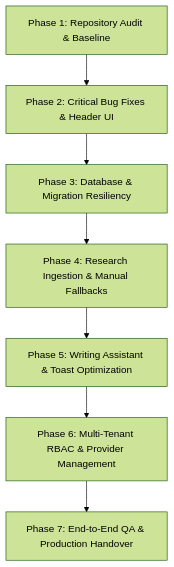
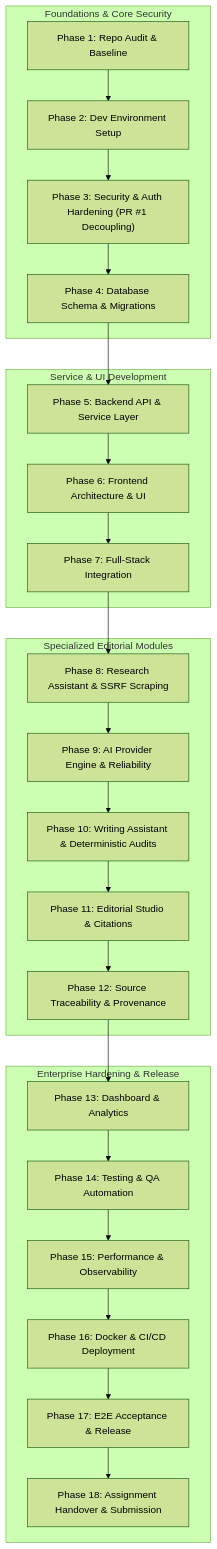
Before and after one commit to mubashirhussen/AI-Editorial-Workspace: the diagram in docs/IMPLEMENTATION_ROADMAP.md, drawn with Mermaid (forest theme). The commit also changed other lines of this file and 14 other files, not shown here.

Commit message:
docs(phase1): Repository audit, baseline verification, PR #1 analysis, and known issues log

````diff
--- a/docs/IMPLEMENTATION_ROADMAP.md
+++ b/docs/IMPLEMENTATION_ROADMAP.md
@@ -11,9 +12,31 @@
 ```mermaid
 flowchart TD
-    P1[Phase 1: Repository Audit & Baseline] --> P2[Phase 2: Critical Bug Fixes & Header UI]
-    P2 --> P3[Phase 3: Database & Migration Resiliency]
-    P3 --> P4[Phase 4: Research Ingestion & Manual Fallbacks]
-    P4 --> P5[Phase 5: Writing Assistant & Toast Optimization]
-    P5 --> P6[Phase 6: Multi-Tenant RBAC & Provider Management]
-    P6 --> P7[Phase 7: End-to-End QA & Production Handover]
+    subgraph Foundation["Foundations & Core Security"]
+        P1["Phase 1: Repo Audit & Baseline"] --> P2["Phase 2: Dev Environment Setup"]
+        P2 --> P3["Phase 3: Security & Auth Hardening (PR #1 Decoupling)"]
+        P3 --> P4["Phase 4: Database Schema & Migrations"]
+    end
+
+    subgraph ServiceApp["Service & UI Development"]
+        P4 --> P5["Phase 5: Backend API & Service Layer"]
+        P5 --> P6["Phase 6: Frontend Architecture & UI"]
+        P6 --> P7["Phase 7: Full-Stack Integration"]
+    end
+
+    subgraph DomainModules["Specialized Editorial Modules"]
+        P7 --> P8["Phase 8: Research Assistant & SSRF Scraping"]
+        P8 --> P9["Phase 9: AI Provider Engine & Reliability"]
+        P9 --> P10["Phase 10: Writing Assistant & Deterministic Audits"]
+        P10 --> P11["Phase 11: Editorial Studio & Citations"]
+        P11 --> P12["Phase 12: Source Traceability & Provenance"]
+    end
+
+    subgraph EnterpriseOps["Enterprise Hardening & Release"]
+        P12 --> P13["Phase 13: Dashboard & Analytics"]
+        P13 --> P14["Phase 14: Testing & QA Automation"]
+        P14 --> P15["Phase 15: Performance & Observability"]
+        P15 --> P16["Phase 16: Docker & CI/CD Deployment"]
+        P16 --> P17["Phase 17: E2E Acceptance & Release"]
+        P17 --> P18["Phase 18: Assignment Handover & Submission"]
+    end
 ```
````
